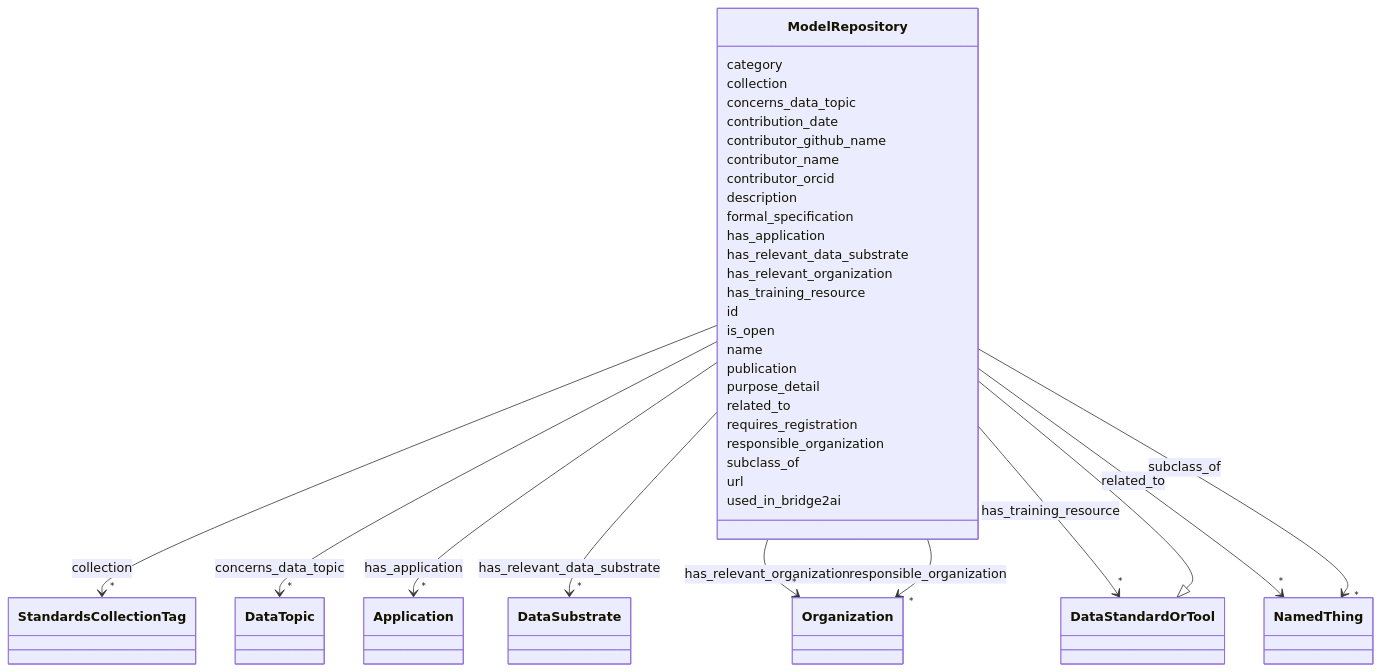
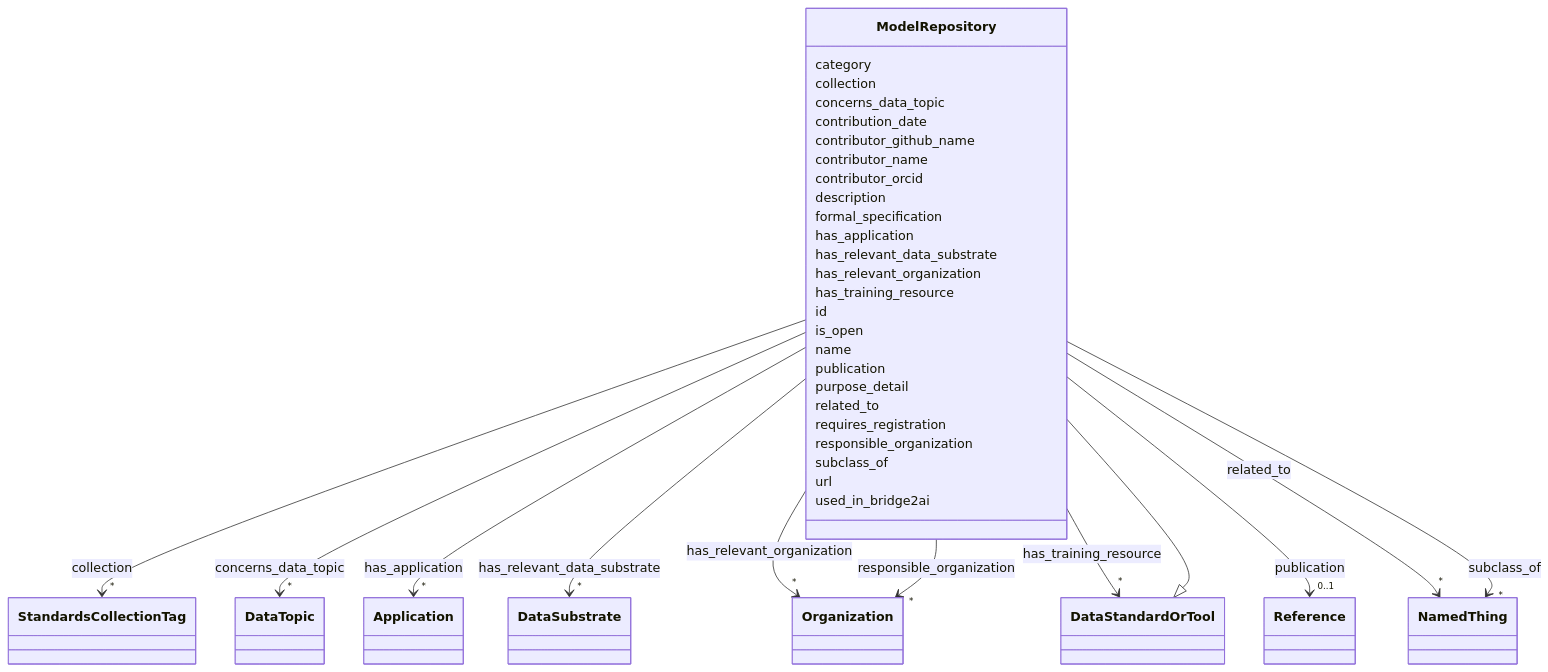
The diagram in docs/ModelRepository.md (bridge2ai/standards-schemas), drawn with Mermaid before and after one commit. The commit also changed other lines of this file and 142 other files, not shown here.

Commit message:
Update schema artifacts

````diff
--- a/docs/ModelRepository.md
+++ b/docs/ModelRepository.md
@@ -18,9 +19,9 @@
 ```mermaid
  classDiagram
     class ModelRepository
-    click ModelRepository href "../ModelRepository/"
+    click ModelRepository href "../ModelRepository"
       DataStandardOrTool <|-- ModelRepository
-        click DataStandardOrTool href "../DataStandardOrTool/"
+        click DataStandardOrTool href "../DataStandardOrTool"
       
       ModelRepository : category
         
@@ -31,7 +32,7 @@
         
         
         ModelRepository --> "*" StandardsCollectionTag : collection
-        click StandardsCollectionTag href "../StandardsCollectionTag/"
+        click StandardsCollectionTag href "../StandardsCollectionTag"
     
 
         
@@ -42,7 +43,7 @@
         
         
         ModelRepository --> "*" DataTopic : concerns_data_topic
-        click DataTopic href "../DataTopic/"
+        click DataTopic href "../DataTopic"
     
 
         
@@ -65,7 +66,7 @@
         
         
         ModelRepository --> "*" Application : has_application
-        click Application href "../Application/"
+        click Application href "../Application"
     
 
         
@@ -76,7 +77,7 @@
         
         
         ModelRepository --> "*" DataSubstrate : has_relevant_data_substrate
-        click DataSubstrate href "../DataSubstrate/"
+        click DataSubstrate href "../DataSubstrate"
     
 
         
@@ -87,7 +88,7 @@
         
         
         ModelRepository --> "*" Organization : has_relevant_organization
-        click Organization href "../Organization/"
+        click Organization href "../Organization"
     
 
         
@@ -98,7 +99,7 @@
         
         
         ModelRepository --> "*" DataStandardOrTool : has_training_resource
-        click DataStandardOrTool href "../DataStandardOrTool/"
+        click DataStandardOrTool href "../DataStandardOrTool"
     
 
         
@@ -110,6 +111,15 @@
         
       ModelRepository : publication
         
+          
+    
+        
+        
+        ModelRepository --> "0..1" Reference : publication
+        click Reference href "../Reference"
+    
+
+        
       ModelRepository : purpose_detail
         
       ModelRepository : related_to
@@ -119,7 +129,7 @@
         
         
         ModelRepository --> "*" NamedThing : related_to
-        click NamedThing href "../NamedThing/"
+        click NamedThing href "../NamedThing"
     
 
         
@@ -132,7 +142,7 @@
         
         
         ModelRepository --> "*" Organization : responsible_organization
-        click Organization href "../Organization/"
+        click Organization href "../Organization"
     
 
         
@@ -143,7 +153,7 @@
         
         
         ModelRepository --> "*" NamedThing : subclass_of
-        click NamedThing href "../NamedThing/"
+        click NamedThing href "../NamedThing"
     
 
         
````
